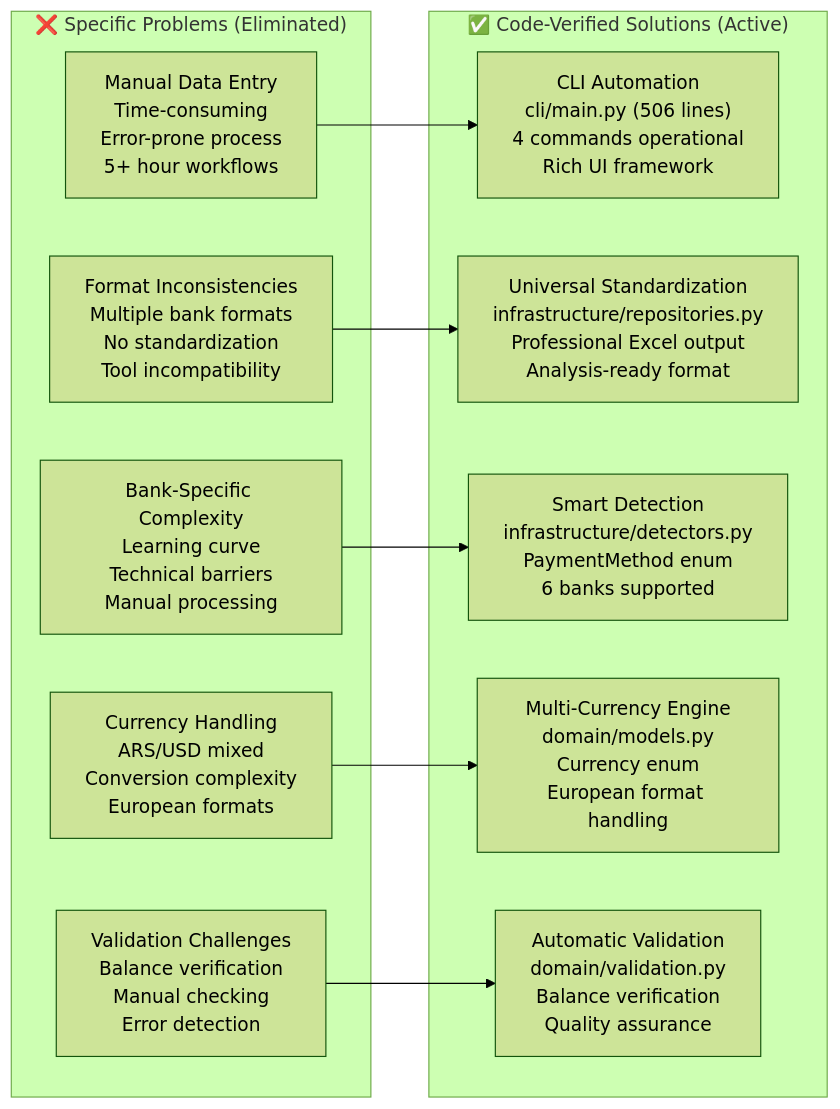
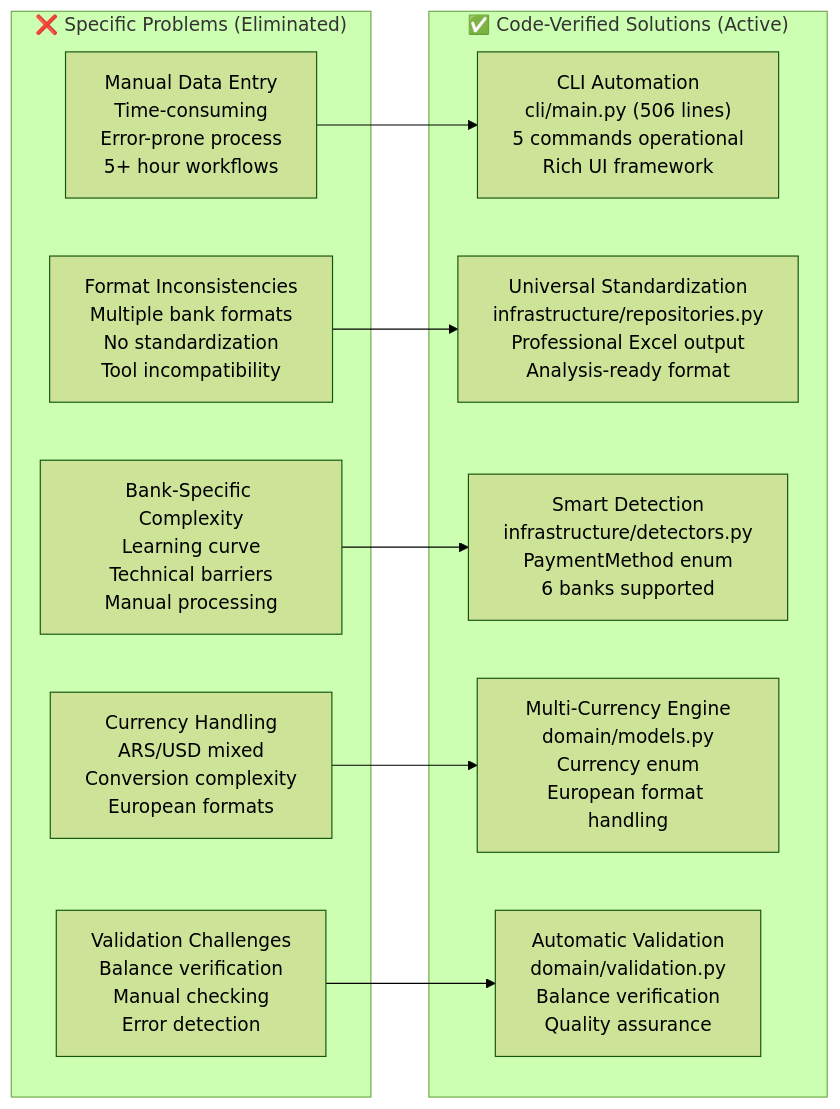
The tenth of 14 diagrams in memory-bank/productContext.md (EduuardoPerez/financial-statement-processor), drawn with Mermaid (forest theme) before and after one commit. The commit also changed 20 other files, not shown here.

````diff
--- a/memory-bank/productContext.md
+++ b/memory-bank/productContext.md
@@ -275,32 +275,32 @@
 ```mermaid
 flowchart LR
     subgraph "❌ Specific Problems (Eliminated)"
         P1["Manual Data Entry<br/>Time-consuming<br/>Error-prone process<br/>5+ hour workflows"]
 
         P2["Format Inconsistencies<br/>Multiple bank formats<br/>No standardization<br/>Tool incompatibility"]
 
         P3["Bank-Specific Complexity<br/>Learning curve<br/>Technical barriers<br/>Manual processing"]
 
         P4["Currency Handling<br/>ARS/USD mixed<br/>Conversion complexity<br/>European formats"]
 
         P5["Validation Challenges<br/>Balance verification<br/>Manual checking<br/>Error detection"]
     end
 
     subgraph "✅ Code-Verified Solutions (Active)"
-        S1["CLI Automation<br/>cli/main.py (506 lines)<br/>4 commands operational<br/>Rich UI framework"]
+        S1["CLI Automation<br/>cli/main.py (506 lines)<br/>5 commands operational<br/>Rich UI framework"]
 
         S2["Universal Standardization<br/>infrastructure/repositories.py<br/>Professional Excel output<br/>Analysis-ready format"]
 
         S3["Smart Detection<br/>infrastructure/detectors.py<br/>PaymentMethod enum<br/>6 banks supported"]
 
         S4["Multi-Currency Engine<br/>domain/models.py<br/>Currency enum<br/>European format handling"]
 
         S5["Automatic Validation<br/>domain/validation.py<br/>Balance verification<br/>Quality assurance"]
     end
 
     P1 --> S1
     P2 --> S2
     P3 --> S3
     P4 --> S4
     P5 --> S5
 ```
````
